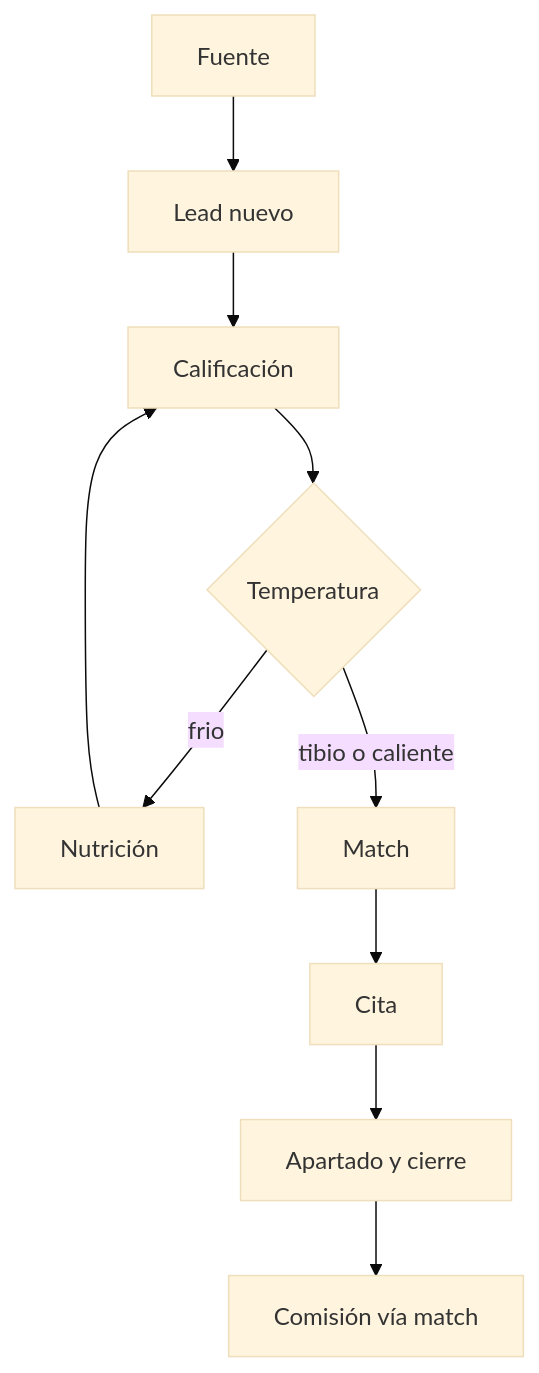
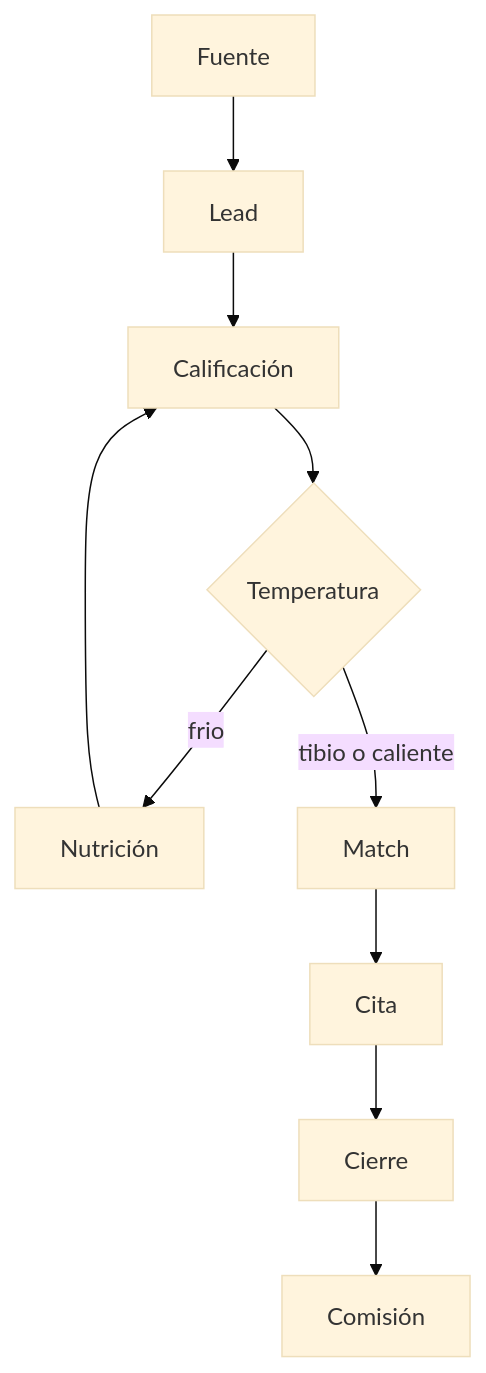
The third of 13 diagrams in docs/palm-lab-practica/iso/PD-SGC-MAN-001.md (EstrategiaInmobiliaria/Tokenizer-extended), drawn with Mermaid (base theme) before and after one commit. The commit also changed other lines of this file and 4 other files, not shown here.

````diff
--- a/docs/palm-lab-practica/iso/PD-SGC-MAN-001.md
+++ b/docs/palm-lab-practica/iso/PD-SGC-MAN-001.md
@@ -155,12 +131,12 @@
 ```mermaid
 flowchart TD
-  A[Fuente] --> B[Lead nuevo]
+  A[Fuente] --> B[Lead]
   B --> C[Calificación]
   C --> T{Temperatura}
   T -->|frio| N[Nutrición]
   N --> C
   T -->|tibio o caliente| D[Match]
   D --> E[Cita]
-  E --> F[Apartado y cierre]
-  F --> G[Comisión vía match]
+  E --> F[Cierre]
+  F --> G[Comisión]
 ```
````
